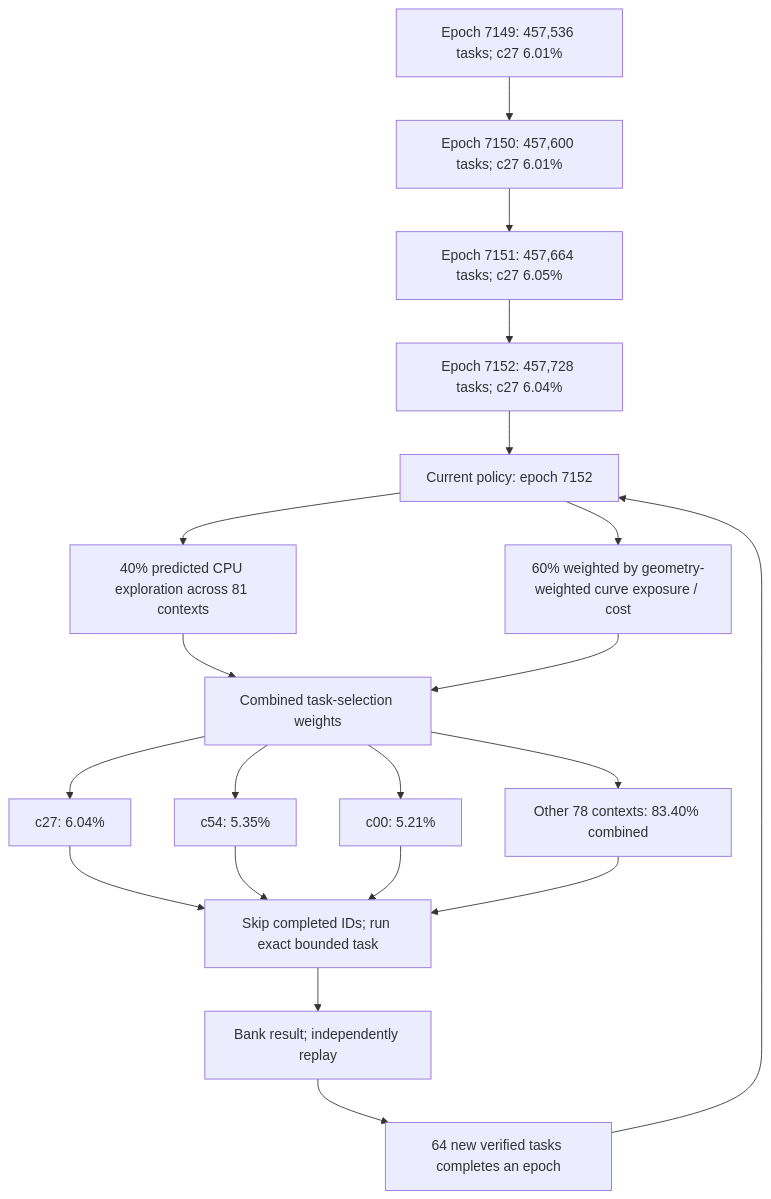
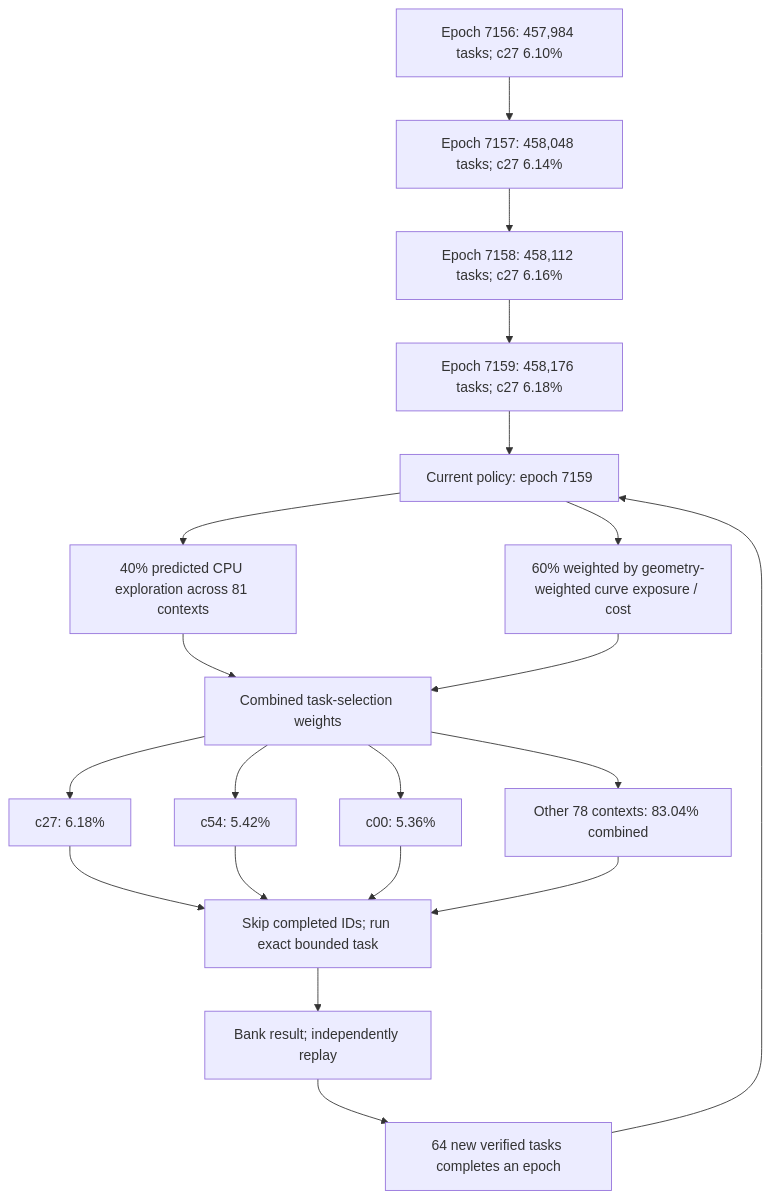
Before and after one commit to Kuberwastaken/math-gambling: the first of 4 diagrams in README.md, drawn with Mermaid. The commit also changed other lines of this file and 1439 other files, not shown here.

````diff
--- a/README.md
+++ b/README.md
@@ -60,27 +60,27 @@
 ```mermaid
 flowchart TD
-    H0["Epoch 7149: 457,536 tasks; c27 6.01%"]
-    H1["Epoch 7150: 457,600 tasks; c27 6.01%"]
+    H0["Epoch 7156: 457,984 tasks; c27 6.10%"]
+    H1["Epoch 7157: 458,048 tasks; c27 6.14%"]
     H0 --> H1
-    H2["Epoch 7151: 457,664 tasks; c27 6.05%"]
+    H2["Epoch 7158: 458,112 tasks; c27 6.16%"]
     H1 --> H2
-    H3["Epoch 7152: 457,728 tasks; c27 6.04%"]
+    H3["Epoch 7159: 458,176 tasks; c27 6.18%"]
     H2 --> H3
-    Policy["Current policy: epoch 7152"]
+    Policy["Current policy: epoch 7159"]
     H3 --> Policy
     Policy --> Explore["40% predicted CPU exploration across 81 contexts"]
     Policy --> Cost["60% weighted by geometry-weighted curve exposure / cost"]
     Explore --> Mix["Combined task-selection weights"]
     Cost --> Mix
-    Mix --> C0["c27: 6.04%"]
-    Mix --> C1["c54: 5.35%"]
-    Mix --> C2["c00: 5.21%"]
-    Mix --> Rest["Other 78 contexts: 83.40% combined"]
+    Mix --> C0["c27: 6.18%"]
+    Mix --> C1["c54: 5.42%"]
+    Mix --> C2["c00: 5.36%"]
+    Mix --> Rest["Other 78 contexts: 83.04% combined"]
     C0 --> Check["Skip completed IDs; run exact bounded task"]
     C1 --> Check
     C2 --> Check
     Rest --> Check
     Check --> Replay["Bank result; independently replay"]
     Replay --> Gate["64 new verified tasks completes an epoch"]
     Gate --> Policy
 ```
````
